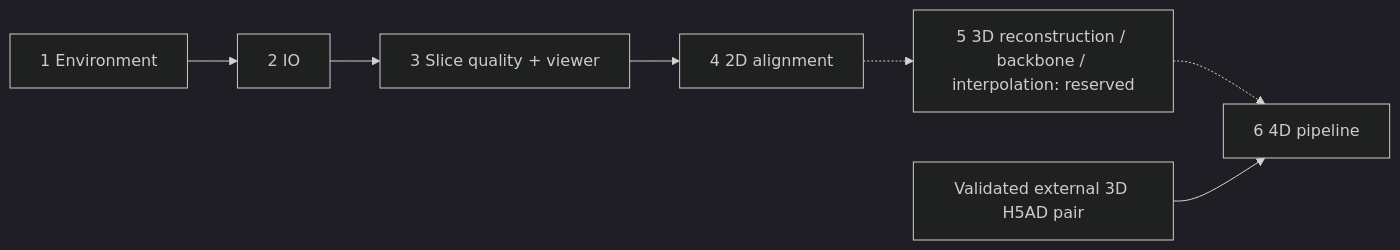
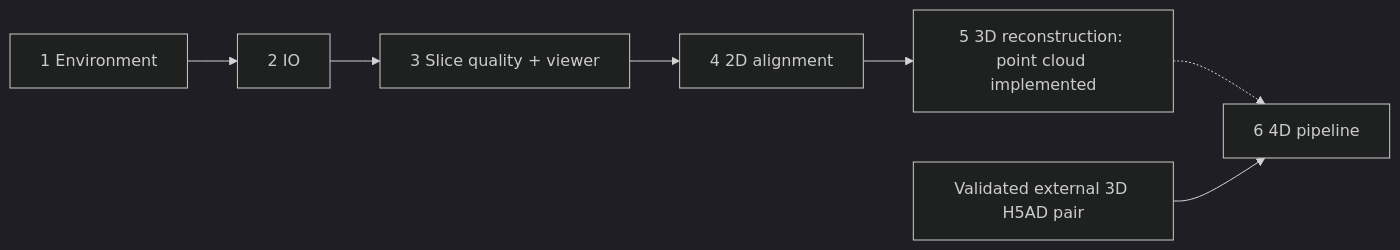
Before and after one commit to gmhhhhhh-929/Spateo-skills: the diagram in README.md, drawn with Mermaid (dark theme). The commit also changed other lines of this file and 22 other files, not shown here.

Commit message:
Implement Spateo 3D point-cloud skill

````diff
--- a/README.md
+++ b/README.md
@@ -18,9 +18,9 @@
 ```mermaid
 flowchart LR
   ENV[1 Environment] --> IO[2 IO]
   IO --> QC[3 Slice quality + viewer]
   QC --> ALIGN[4 2D alignment]
-  ALIGN -.-> THREE[5 3D reconstruction / backbone / interpolation: reserved]
+  ALIGN --> THREE[5 3D reconstruction: point cloud implemented]
   THREE -.-> FOUR[6 4D pipeline]
   EXTERNAL[Validated external 3D H5AD pair] --> FOUR
 ```
````
